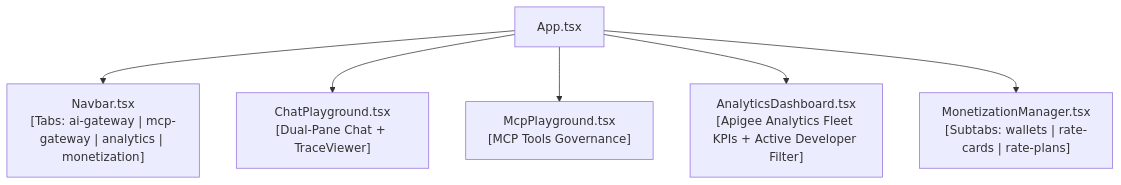
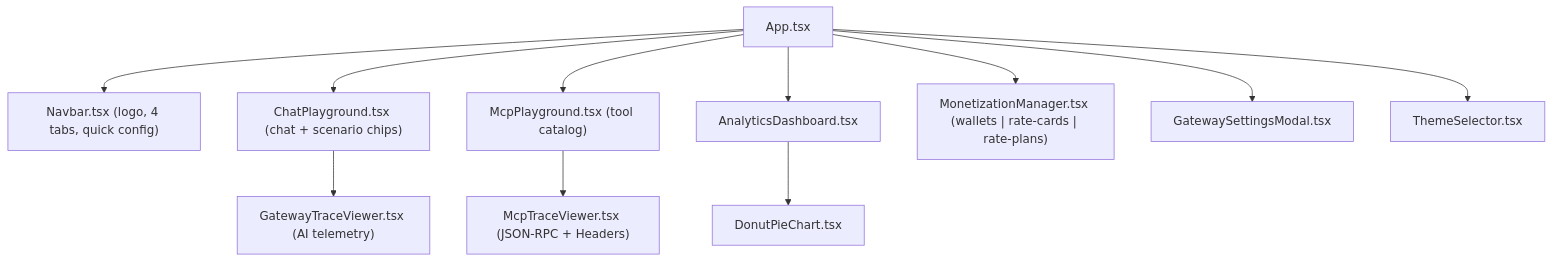
Before and after one commit to yem0428/apigee-ai-gateway-demo: the diagram in docs/ui_semantic_cache_and_governance_spec.md, drawn with Mermaid. The commit also changed other lines of this file and 7 other files, not shown here.

````diff
--- a/docs/ui_semantic_cache_and_governance_spec.md
+++ b/docs/ui_semantic_cache_and_governance_spec.md
@@ -100,15 +64,25 @@
 ```mermaid
 flowchart TD
     App["App.tsx"]
-    Navbar["Navbar.tsx\n[Tabs: ai-gateway | mcp-gateway | analytics | monetization]"]
-    ChatPlayground["ChatPlayground.tsx\n[Dual-Pane Chat + TraceViewer]"]
-    McpPlayground["McpPlayground.tsx\n[MCP Tools Governance]"]
-    AnalyticsDashboard["AnalyticsDashboard.tsx\n[Apigee Analytics Fleet KPIs + Active Developer Filter]"]
-    MonetizationManager["MonetizationManager.tsx\n[Subtabs: wallets | rate-cards | rate-plans]"]
+    Navbar["Navbar.tsx (logo, 4 tabs, quick config)"]
+    Chat["ChatPlayground.tsx (chat + scenario chips)"]
+    GTV["GatewayTraceViewer.tsx (AI telemetry)"]
+    Mcp["McpPlayground.tsx (tool catalog)"]
+    MTV["McpTraceViewer.tsx (JSON-RPC + Headers)"]
+    Analytics["AnalyticsDashboard.tsx"]
+    Donut["DonutPieChart.tsx"]
+    Money["MonetizationManager.tsx (wallets | rate-cards | rate-plans)"]
+    Modal["GatewaySettingsModal.tsx"]
+    Theme["ThemeSelector.tsx"]
 
     App --> Navbar
-    App --> ChatPlayground
-    App --> McpPlayground
-    App --> AnalyticsDashboard
-    App --> MonetizationManager
+    App --> Chat
+    App --> Mcp
+    App --> Analytics
+    App --> Money
+    App --> Modal
+    App --> Theme
+    Chat --> GTV
+    Mcp --> MTV
+    Analytics --> Donut
 ```
````
